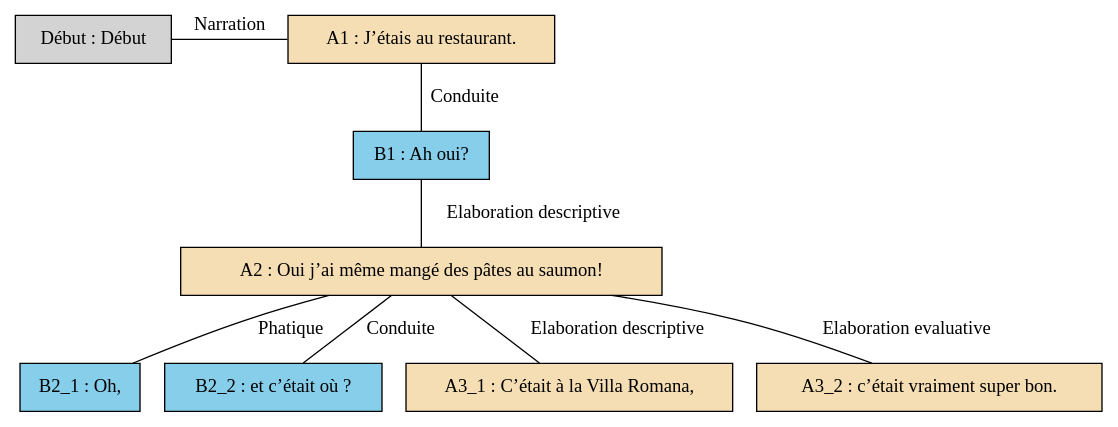
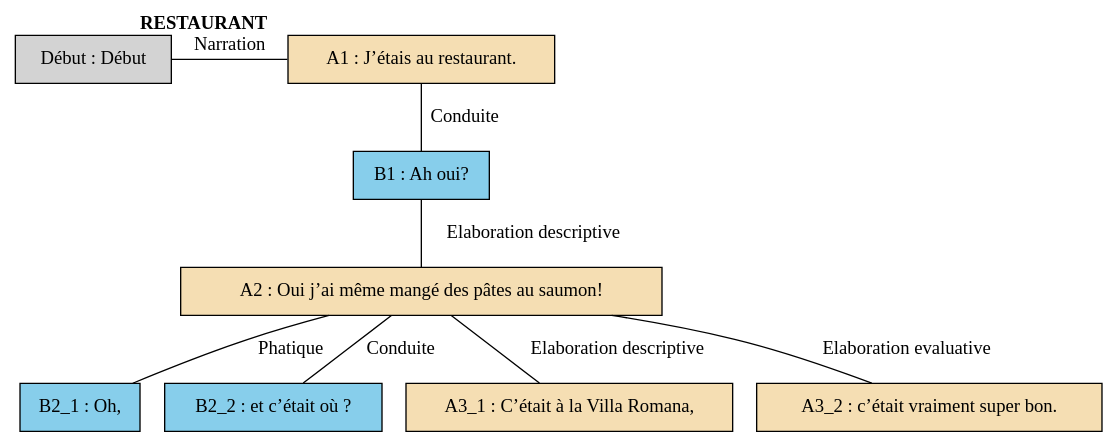
The diagram in arbres/Bac_a_sable/Bac_a_sable_-_A09.gv (AlaixComet/AnnotationSlamPTut), drawn with Graphviz before and after one commit. The commit also changed 308 other files, not shown here.

Commit message:
arbre avec themes (ui fallait juste redémarrer mon ordi pour faire marcher graphviz :'( )

```diff
--- a/arbres/Bac_a_sable/Bac_a_sable_-_A09.gv
+++ b/arbres/Bac_a_sable/Bac_a_sable_-_A09.gv
@@ -1,23 +1,23 @@
 digraph A09 {
 	node [shape=box style=filled]
-	"Début" [label="Début : Début"]
-	A1 [label="A1 : J’étais au restaurant." fillcolor=wheat]
-	B1 [label="B1 : Ah oui?" fillcolor=skyblue]
-	A2 [label="A2 : Oui j’ai même mangé des pâtes au saumon!" fillcolor=wheat]
-	B2_1 [label="B2_1 : Oh," fillcolor=skyblue]
-	B2_2 [label="B2_2 : et c’était où ?" fillcolor=skyblue]
-	A3_1 [label="A3_1 : C’était à la Villa Romana," fillcolor=wheat]
-	A3_2 [label="A3_2 : c’était vraiment super bon." fillcolor=wheat]
+	"Début" [label="Début : Début" xlabel=""]
+	A1 [label="A1 : J’étais au restaurant." fillcolor=wheat xlabel=<<B>RESTAURANT</B>>]
+	B1 [label="B1 : Ah oui?" fillcolor=skyblue xlabel=""]
+	A2 [label="A2 : Oui j’ai même mangé des pâtes au saumon!" fillcolor=wheat xlabel=""]
+	B2_1 [label="B2_1 : Oh," fillcolor=skyblue xlabel=""]
+	B2_2 [label="B2_2 : et c’était où ?" fillcolor=skyblue xlabel=""]
+	A3_1 [label="A3_1 : C’était à la Villa Romana," fillcolor=wheat xlabel=""]
+	A3_2 [label="A3_2 : c’était vraiment super bon." fillcolor=wheat xlabel=""]
 	{
 		rank=same
 		"Début"
 		A1
 		"Début" -> A1 [label=Narration dir=none]
 	}
 	A1 -> B1 [label=Conduite dir=none]
 	B1 -> A2 [label="Elaboration descriptive" dir=none]
 	A2 -> B2_1 [label=Phatique dir=none]
 	A2 -> B2_2 [label=Conduite dir=none]
 	A2 -> A3_1 [label="Elaboration descriptive" dir=none]
 	A2 -> A3_2 [label="Elaboration evaluative" dir=none]
 }
```
